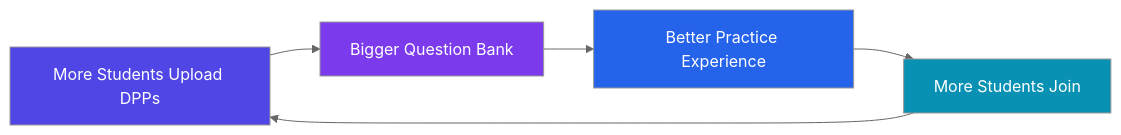
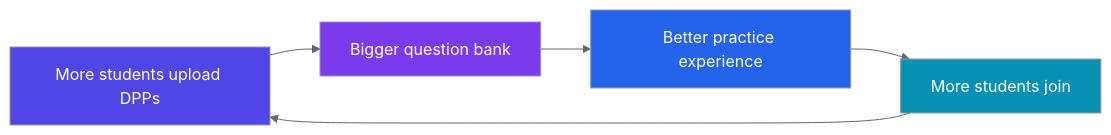
One commit to Curio369/prepify changed the fourth of 4 diagrams in README.md. Above: the diagram before and after it, drawn with Mermaid (neutral theme). The commit also changed other lines of this file, not shown here.

Commit message:
docs: update README with architectural details, segment descriptions, and refined technical workflows

````diff
--- a/README.md
+++ b/README.md
@@ -772,12 +516,11 @@
 ```mermaid
 graph LR
-    A[More Students Upload DPPs] --> B[Bigger Question Bank]
-    B --> C[Better Practice Experience]
-    C --> D[More Students Join]
+    A[More students upload DPPs] --> B[Bigger question bank]
+    B --> C[Better practice experience]
+    C --> D[More students join]
     D --> A
-
     style A fill:#4F46E5,color:#fff
     style B fill:#7C3AED,color:#fff
     style C fill:#2563EB,color:#fff
     style D fill:#0891B2,color:#fff
 ```
````
